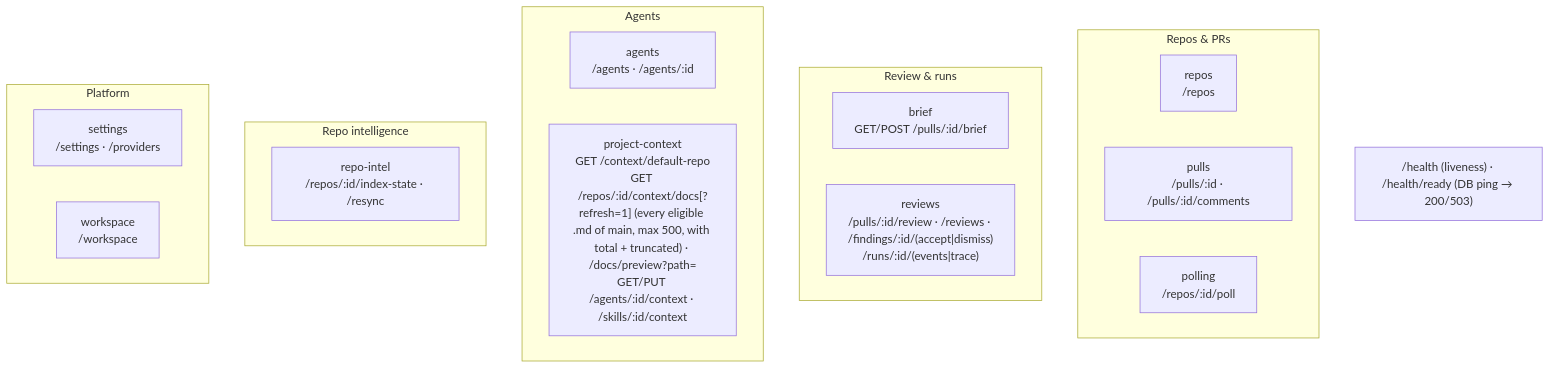
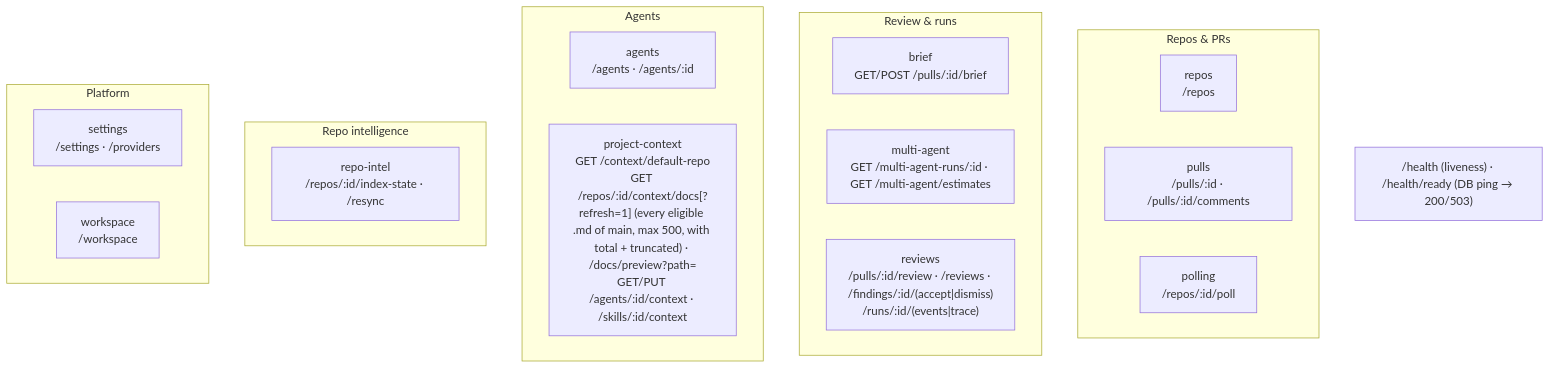
One commit to ochubey/dev-digest-learning changed the second of 2 diagrams in server/README.md. Above: the diagram before and after it, drawn with Mermaid. The commit also changed other lines of this file and 14 other files, not shown here.

Commit message:
feat(multi-agent): launch agents in parallel and expose the grouped multi-agent run

````diff
--- a/server/README.md
+++ b/server/README.md
@@ -64,24 +64,25 @@
 ```mermaid
 flowchart TB
   subgraph Repos_PRs["Repos & PRs"]
     repos["repos<br/>/repos"]
     pulls["pulls<br/>/pulls/:id · /pulls/:id/comments"]
     polling["polling<br/>/repos/:id/poll"]
   end
   subgraph Review["Review & runs"]
     brief["brief<br/>GET/POST /pulls/:id/brief"]
+    multiAgent["multi-agent<br/>GET /multi-agent-runs/:id · GET /multi-agent/estimates"]
     reviews["reviews<br/>/pulls/:id/review · /reviews · /findings/:id/(accept|dismiss)<br/>/runs/:id/(events|trace)"]
   end
   subgraph Agents["Agents"]
     agents["agents<br/>/agents · /agents/:id"]
     projectContext["project-context<br/>GET /context/default-repo<br/>GET /repos/:id/context/docs[?refresh=1] (every eligible .md of main, max 500, with total + truncated) · /docs/preview?path=<br/>GET/PUT /agents/:id/context · /skills/:id/context"]
   end
   subgraph Intel["Repo intelligence"]
     repoIntel["repo-intel<br/>/repos/:id/index-state · /resync"]
   end
   subgraph Platform["Platform"]
     settings["settings<br/>/settings · /providers"]
     workspace["workspace<br/>/workspace"]
   end
   HEALTH["/health (liveness) · /health/ready (DB ping → 200/503)"]
 ```
````
